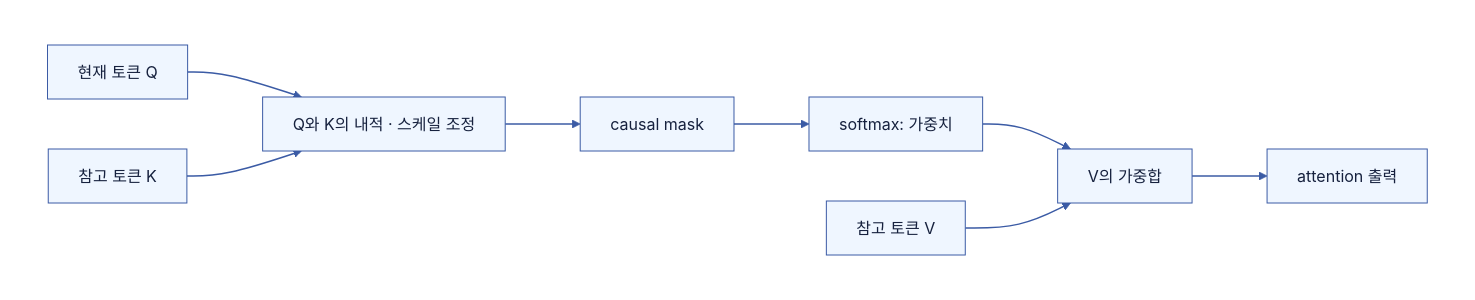
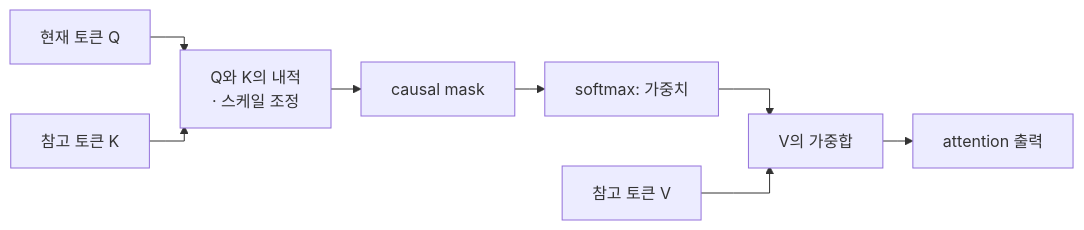
Before and after one commit to Hyune-s-lab/my-ai-study: the second of 3 diagrams in domain-knowledge/2606-attention-기초.md, drawn with Mermaid. The commit also changed other lines of this file and 49 other files, not shown here.

Commit message:
docs: 단순 다이어그램은 Mermaid로, 복잡한 배치는 SVG로 정리

````diff
--- a/domain-knowledge/2606-attention-기초.md
+++ b/domain-knowledge/2606-attention-기초.md
@@ -89,21 +84,19 @@
 ```mermaid
 flowchart LR
-%%{init: {"theme": "base", "darkMode": false, "themeVariables": {"background": "#ffffff", "primaryColor": "#EFF6FF", "primaryTextColor": "#16213E", "primaryBorderColor": "#3B5BA5", "secondaryColor": "#F0FDF4", "tertiaryColor": "#FAF5FF", "lineColor": "#3B5BA5", "textColor": "#16213E", "edgeLabelBackground": "#ffffff", "clusterBkg": "#F8FAFC", "clusterBorder": "#CBD5E1"}}}%%
-  subgraph canvas[" "]
-    direction LR
-    q["현재 토큰 Q"] --> score["Q와 K의 내적 · 스케일 조정"]
-    k["참고 토큰 K"] --> score
-    score --> mask["causal mask"]
-    mask --> softmax["softmax: 가중치"]
-    softmax --> sum["V의 가중합"]
-    v["참고 토큰 V"] --> sum
-    sum --> output["attention 출력"]
-  end
-  style canvas fill:#ffffff,stroke:#ffffff,color:#111827
-  linkStyle default stroke:#3B5BA5,stroke-width:1.5px
-  classDef app fill:#EFF6FF,stroke:#3B5BA5,stroke-width:1px,color:#16213E
-  class q,score,k,mask,softmax,sum,v,output app
-  classDef db fill:#F0FDF4,stroke:#3F8E55,stroke-width:1px,color:#16213E
-  classDef policy fill:#FAF5FF,stroke:#A855F7,stroke-width:1px,color:#16213E
-  classDef worker fill:#FFF7ED,stroke:#C98A2B,stroke-width:1px,color:#16213E
+%%{init: {"flowchart": {"curve": "stepAfter", "wrappingWidth": 400, "rankSpacing": 30}}}%%
+  n_q["현재 토큰 Q"]
+  n_score["Q와 K의 내적<br/>· 스케일 조정"]
+  n_k["참고 토큰 K"]
+  n_mask["causal mask"]
+  n_softmax["softmax: 가중치"]
+  n_sum["V의 가중합"]
+  n_v["참고 토큰 V"]
+  n_output["attention 출력"]
+  n_q --> n_score
+  n_k --> n_score
+  n_score --> n_mask
+  n_mask --> n_softmax
+  n_softmax --> n_sum
+  n_v --> n_sum
+  n_sum --> n_output
 ```
````
